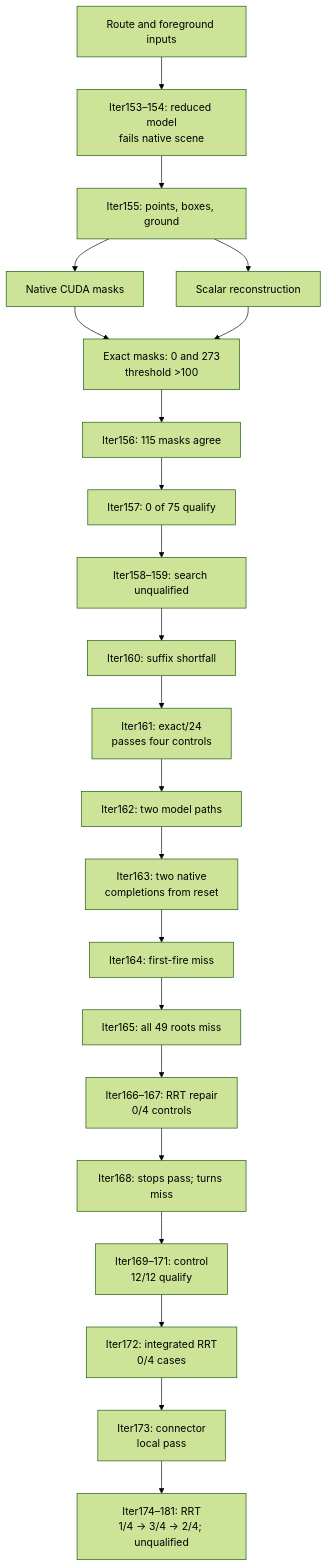
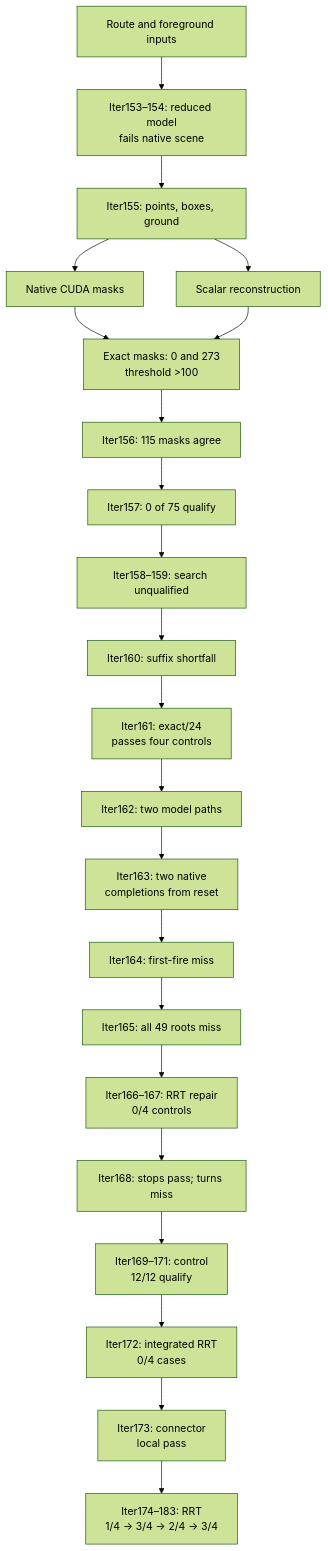
Before and after one commit to manfromnowhere143/sentinel: the fourth of 7 diagrams in docs/ARCHITECTURE.md, drawn with Mermaid (forest theme). The commit also changed other lines of this file and 13 other files, not shown here.

````diff
--- a/docs/ARCHITECTURE.md
+++ b/docs/ARCHITECTURE.md
@@ -209,26 +209,26 @@
 ```mermaid
 flowchart TB
   accTitle: Scene constraints and planner qualification
   accDescr: Reset completion is not first-fire recovery.
   G["Route and foreground inputs"] --> M["Iter153–154: reduced model<br/>fails native scene"]
   M --> X["Iter155: points, boxes, ground"]
   X --> C["Native CUDA masks"]
   X --> S["Scalar reconstruction"]
   C --> E["Exact masks: 0 and 273<br/>threshold >100"]
   S --> E
   E --> F["Iter156: 115 masks agree"]
   F --> L["Iter157: 0 of 75 qualify"]
   L --> A["Iter158–159: search unqualified"]
   A --> K["Iter160: suffix shortfall"]
   K --> Z["Iter161: exact/24<br/>passes four controls"]
   Z --> Y["Iter162: two model paths"]
   Y --> V["Iter163: two native<br/>completions from reset"]
   V --> B["Iter164: first-fire miss"]
   B --> D["Iter165: all 49 roots miss"]
   D --> R["Iter166–167: RRT repair<br/>0/4 controls"]
   R --> J["Iter168: stops pass; turns miss"]
   J --> H["Iter169–171: control<br/>12/12 qualify"]
   H --> I["Iter172: integrated RRT<br/>0/4 cases"]
   I --> O["Iter173: connector<br/>local pass"]
-  O --> U["Iter174–181: RRT<br/>1/4 → 3/4 → 2/4; unqualified"]
+  O --> U["Iter174–183: RRT<br/>1/4 → 3/4 → 2/4 → 3/4"]
 ```
````
